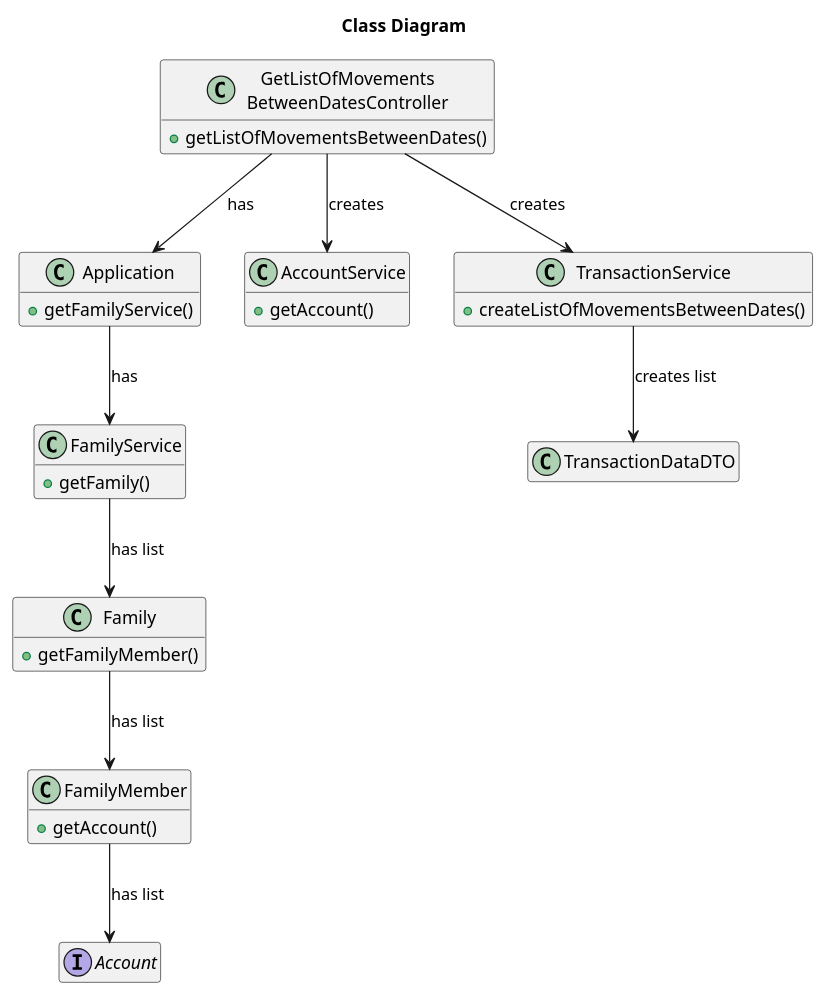
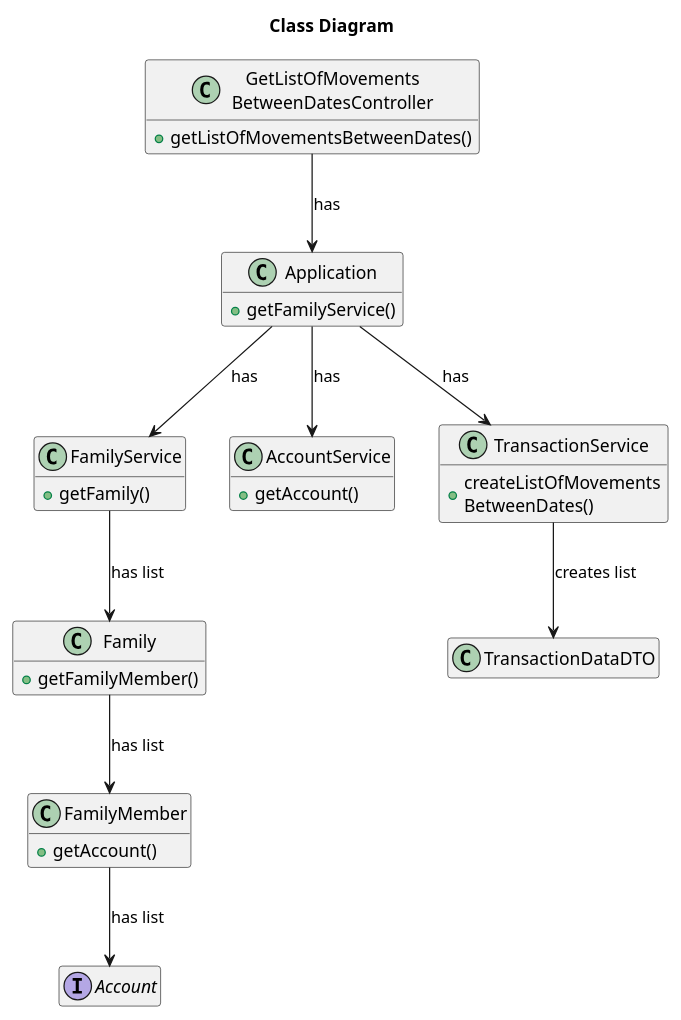
The fourth of 4 diagrams in docs/sprint2/user_stories/US186_GetListOfMovementsBetweenDates.md (tomas-osswald/switch_2020_g3), drawn with PlantUML before and after one commit. The commit also changed other lines of this file and 1 other file, not shown here.

Commit message:
Create AddBankSavingsAccountDTO. AddBankSavingsAccountController now accepts only a DTO.

````diff
--- a/docs/sprint2/user_stories/US186_GetListOfMovementsBetweenDates.md
+++ b/docs/sprint2/user_stories/US186_GetListOfMovementsBetweenDates.md
@@ -185,50 +199,50 @@
 ```puml
 
 title Class Diagram
 hide empty members
 
 class GetListOfMovements\nBetweenDatesController {
 + getListOfMovementsBetweenDates()
 }
 
 
 class Application {
 + getFamilyService()
 }
 
 class FamilyService {
 + getFamily()
 }
 
 class Family {
 + getFamilyMember()
 }
 
 class FamilyMember {
 + getAccount()
 }
 
 class AccountService {
 + getAccount()
 }
 
 class TransactionService {
-+ createListOfMovementsBetweenDates()
++ createListOfMovements\nBetweenDates()
 }
 
 class TransactionDataDTO {
 }
 
 interface Account {}
 
 GetListOfMovements\nBetweenDatesController --> Application : has
 Application --> FamilyService : has
-GetListOfMovements\nBetweenDatesController --> AccountService : creates
-GetListOfMovements\nBetweenDatesController --> TransactionService : creates
+Application --> AccountService : has
+Application --> TransactionService : has
 FamilyService --> Family : has list
 Family --> FamilyMember : has list
 FamilyMember --> Account : has list
 TransactionService --> TransactionDataDTO : creates list
 
 
 ```
````
